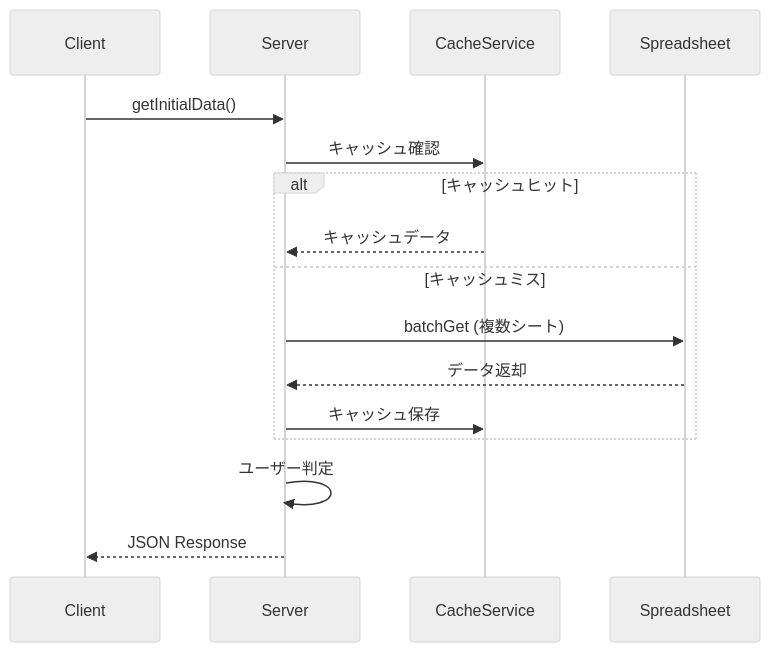
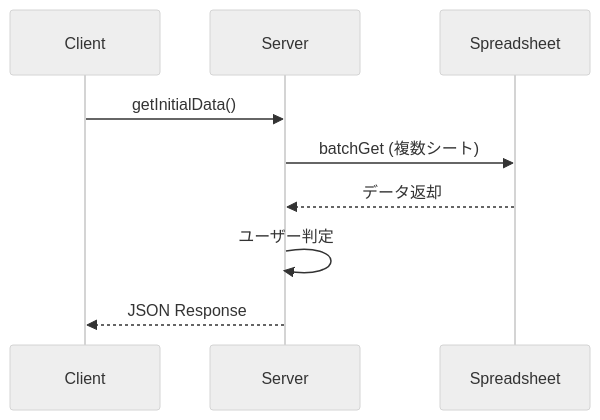
Before and after one commit to suzukishigeru4b/juken-survey-public: the third of 9 diagrams in PROGRAM_SPECIFICATION.md, drawn with Mermaid (neutral theme). The commit also changed other lines of this file and 6 other files, not shown here.

````diff
--- a/PROGRAM_SPECIFICATION.md
+++ b/PROGRAM_SPECIFICATION.md
@@ -212,19 +194,12 @@
 ```mermaid
 sequenceDiagram
     participant C as Client
     participant S as Server
-    participant Cache as CacheService
     participant SS as Spreadsheet
     
     C->>S: getInitialData()
-    S->>Cache: キャッシュ確認
-    alt キャッシュヒット
-        Cache-->>S: キャッシュデータ
-    else キャッシュミス
-        S->>SS: batchGet (複数シート)
-        SS-->>S: データ返却
-        S->>Cache: キャッシュ保存
-    end
+    S->>SS: batchGet (複数シート)
+    SS-->>S: データ返却
     S->>S: ユーザー判定
     S-->>C: JSON Response
 ```
````
